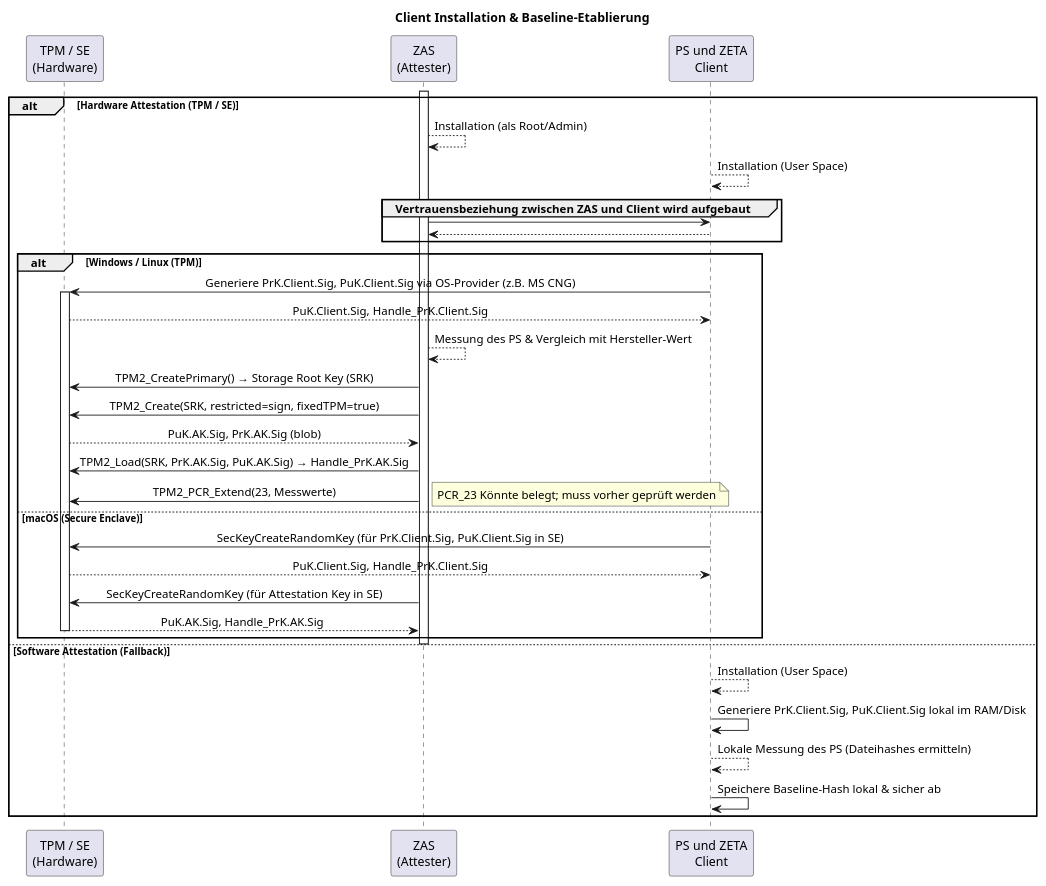
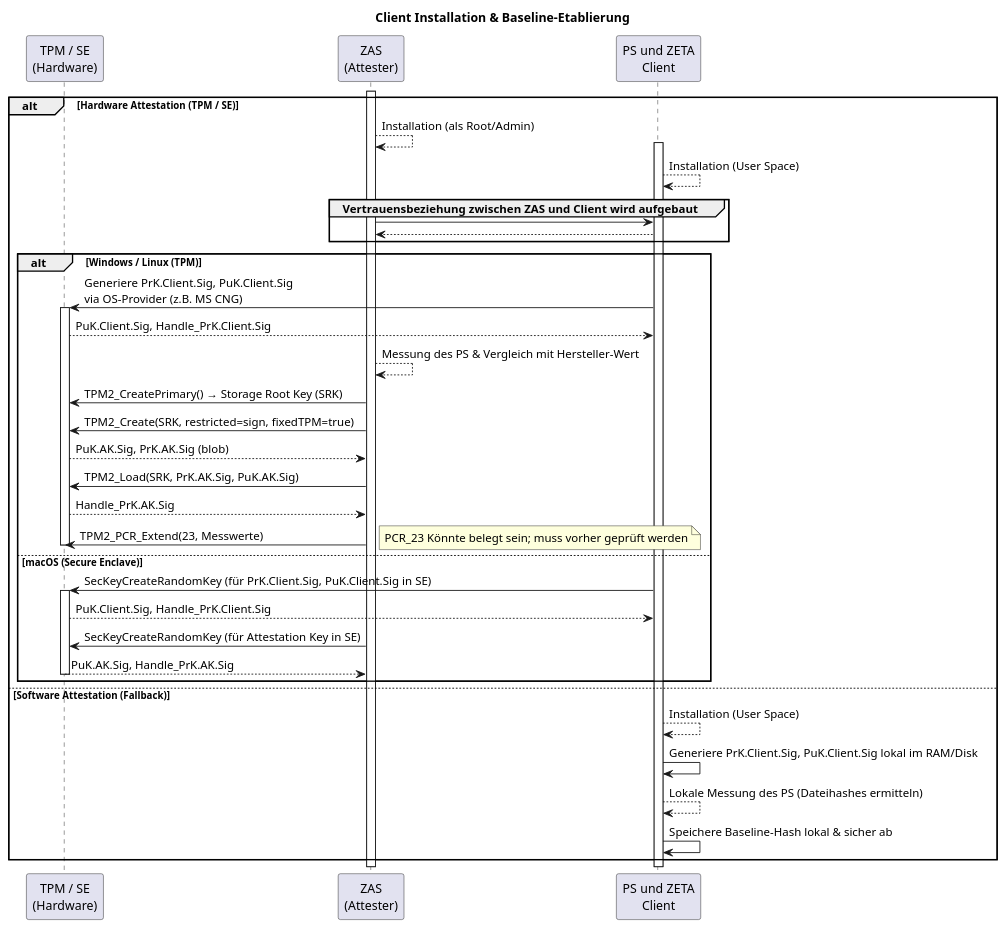
The diagram in src/plantuml/tmp/attestation-flows/client-installation.puml (gematik/zeta), drawn with PlantUML before and after one commit.

Commit message:
docs: update client installation PlantUML sequence diagram for improved alignment and flow accuracy

```diff
--- a/src/plantuml/tmp/attestation-flows/client-installation.puml
+++ b/src/plantuml/tmp/attestation-flows/client-installation.puml
@@ -1,46 +1,45 @@
 @startuml "client-installation"
-skinparam sequenceMessageAlign center
+skinparam sequenceMessageAlign left
 title Client Installation & Baseline-Etablierung
 
 participant "TPM / SE\n(Hardware)" as TPM
 participant "ZAS\n(Attester)" as ZAS
 participant "PS und ZETA\nClient" as Client
 
 alt Hardware Attestation (TPM / SE)
     ZAS++
     ZAS --> ZAS: Installation (als Root/Admin)
+    Client++
     Client --> Client: Installation (User Space)
     group Vertrauensbeziehung zwischen ZAS und Client wird aufgebaut
         ZAS -> Client
         Client --> ZAS
     end
 
     alt Windows / Linux (TPM)
-        Client -> TPM++: Generiere PrK.Client.Sig, PuK.Client.Sig via OS-Provider (z.B. MS CNG)
+        Client -> TPM++: Generiere PrK.Client.Sig, PuK.Client.Sig\nvia OS-Provider (z.B. MS CNG)
         TPM --> Client: PuK.Client.Sig, Handle_PrK.Client.Sig
-        
         ZAS --> ZAS: Messung des PS & Vergleich mit Hersteller-Wert
         ZAS -> TPM: TPM2_CreatePrimary() → Storage Root Key (SRK)
         ZAS -> TPM: TPM2_Create(SRK, restricted=sign, fixedTPM=true)
         TPM --> ZAS: PuK.AK.Sig, PrK.AK.Sig (blob)
-        ZAS -> TPM: TPM2_Load(SRK, PrK.AK.Sig, PuK.AK.Sig) → Handle_PrK.AK.Sig
+        ZAS -> TPM: TPM2_Load(SRK, PrK.AK.Sig, PuK.AK.Sig)
+        TPM --> ZAS: Handle_PrK.AK.Sig
         ZAS -> TPM: TPM2_PCR_Extend(23, Messwerte)
-        note right: PCR_23 Könnte belegt; muss vorher geprüft werden 
-
+        note right: PCR_23 Könnte belegt sein; muss vorher geprüft werden 
+        TPM--
     else macOS (Secure Enclave)
-        Client -> TPM: SecKeyCreateRandomKey (für PrK.Client.Sig, PuK.Client.Sig in SE)
+        Client -> TPM++: SecKeyCreateRandomKey (für PrK.Client.Sig, PuK.Client.Sig in SE)
         TPM --> Client: PuK.Client.Sig, Handle_PrK.Client.Sig
-        
         ZAS -> TPM: SecKeyCreateRandomKey (für Attestation Key in SE)
         TPM --> ZAS--: PuK.AK.Sig, Handle_PrK.AK.Sig
     end
-    ZAS--
 
 else Software Attestation (Fallback)
     Client --> Client: Installation (User Space)
     Client -> Client: Generiere PrK.Client.Sig, PuK.Client.Sig lokal im RAM/Disk
     Client --> Client: Lokale Messung des PS (Dateihashes ermitteln)
     Client -> Client: Speichere Baseline-Hash lokal & sicher ab
 end
 
 @enduml
```
